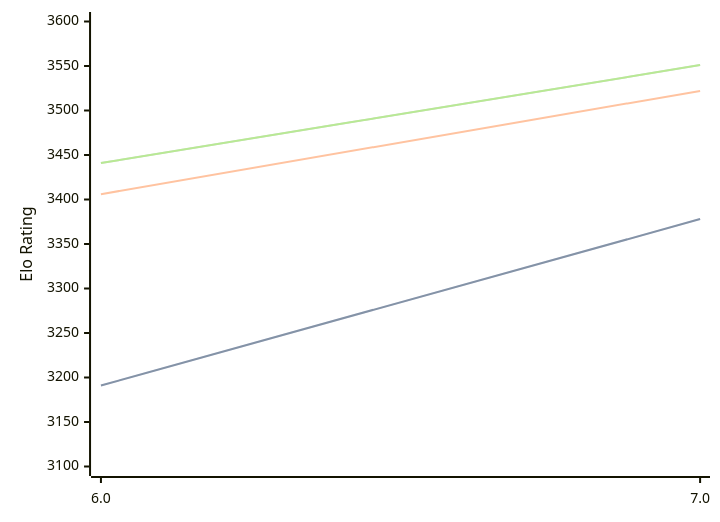
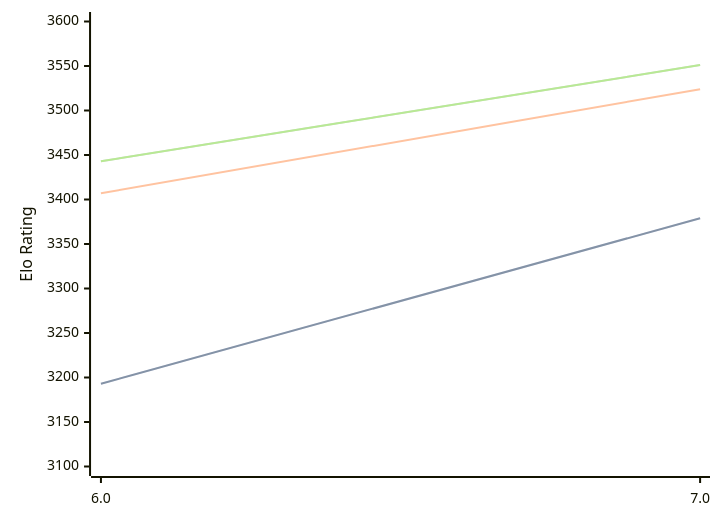
Before and after one commit to computer-chess-index/cci: the diagram in engines/Devre.md, drawn with Mermaid. The commit also changed other lines of this file, not shown here.

Commit message:
Update CCI Ratings (ELO VLTC) - 2026-09-09

````diff
--- a/engines/Devre.md
+++ b/engines/Devre.md
@@ -32,11 +32,11 @@
 ```mermaid
 %%{init: {"theme":"base","themeVariables":{"seriesColors:['#a3a3a3','#222221','#faa371']}}}%%
 xychart-beta
   x-axis ["6.0", "7.0"]
   y-axis "Elo Rating" 3100 --> 3600
-  line "" [3191, 3378]
-  line "STC (8.0+0.08s)" [3191, 3378]
-  line "LTC (60.0+0.60s)" [3406, 3522]
-  line "" [3441, 3551]
-  line "VLTC (2m24s+1.12s)" [3441, 3551]
+  line "" [3193, 3379]
+  line "STC (8.0+0.08s)" [3193, 3379]
+  line "LTC (60.0+0.60s)" [3407, 3524]
+  line "" [3443, 3551]
+  line "VLTC (2m24s+1.12s)" [3443, 3551]
 ```
````
